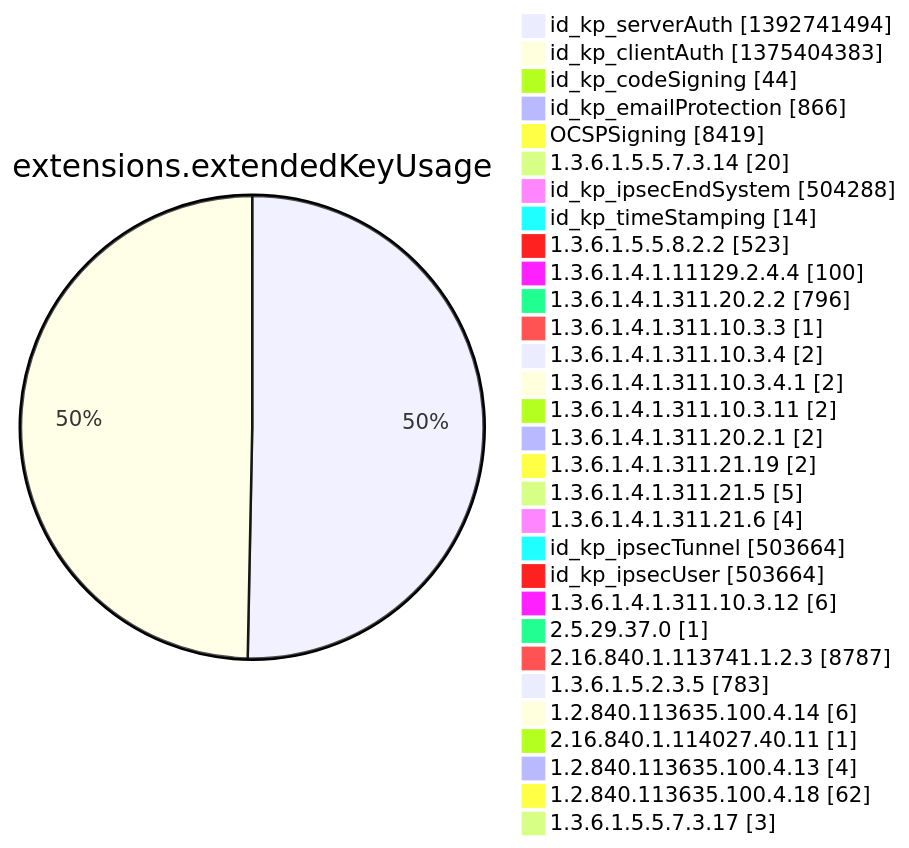
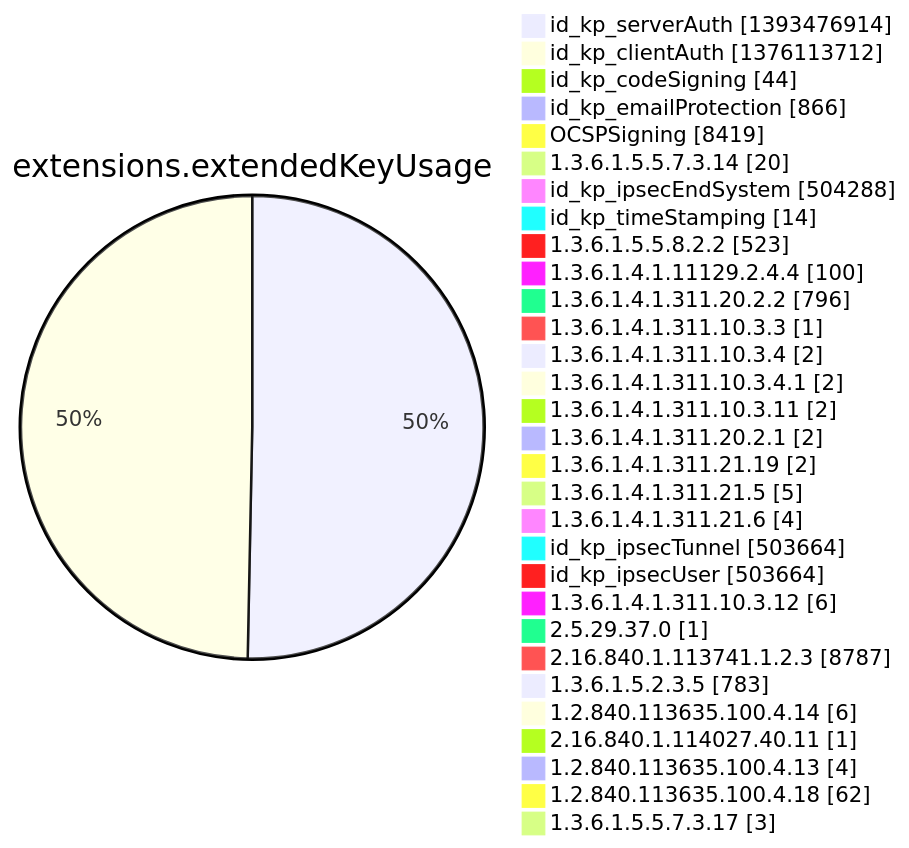
Before and after one commit to christiankrug/ctmonitor_visualization: diagram 12 of 15 in argon2022/README.md, drawn with Mermaid. The commit also changed other lines of this file, not shown here.

````diff
--- a/argon2022/README.md
+++ b/argon2022/README.md
@@ -3554,34 +3554,34 @@
 ```mermaid
 pie showData
 title extensions.extendedKeyUsage
-"id_kp_serverAuth" :1392741494
-"id_kp_clientAuth" :1375404383
+"id_kp_serverAuth" :1393476914
+"id_kp_clientAuth" :1376113712
 "id_kp_codeSigning" :44
 "id_kp_emailProtection" :866
 "OCSPSigning" :8419
 "1.3.6.1.5.5.7.3.14" :20
 "id_kp_ipsecEndSystem" :504288
 "id_kp_timeStamping" :14
 "1.3.6.1.5.5.8.2.2" :523
 "1.3.6.1.4.1.11129.2.4.4" :100
 "1.3.6.1.4.1.311.20.2.2" :796
 "1.3.6.1.4.1.311.10.3.3" :1
 "1.3.6.1.4.1.311.10.3.4" :2
 "1.3.6.1.4.1.311.10.3.4.1" :2
 "1.3.6.1.4.1.311.10.3.11" :2
 "1.3.6.1.4.1.311.20.2.1" :2
 "1.3.6.1.4.1.311.21.19" :2
 "1.3.6.1.4.1.311.21.5" :5
 "1.3.6.1.4.1.311.21.6" :4
 "id_kp_ipsecTunnel" :503664
 "id_kp_ipsecUser" :503664
 "1.3.6.1.4.1.311.10.3.12" :6
 "2.5.29.37.0" :1
 "2.16.840.1.113741.1.2.3" :8787
 "1.3.6.1.5.2.3.5" :783
 "1.2.840.113635.100.4.14" :6
 "2.16.840.1.114027.40.11" :1
 "1.2.840.113635.100.4.13" :4
 "1.2.840.113635.100.4.18" :62
 "1.3.6.1.5.5.7.3.17" :3
 ```
````
